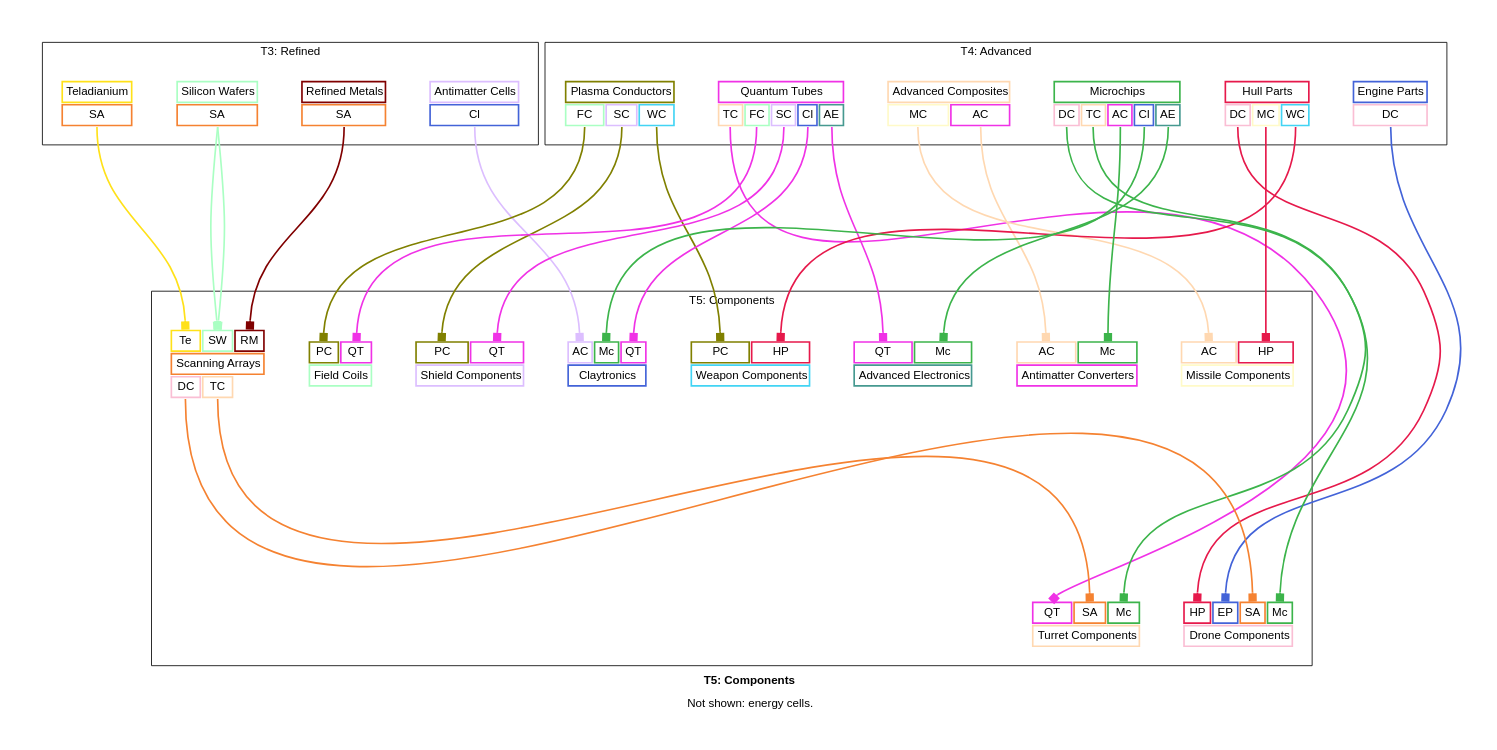
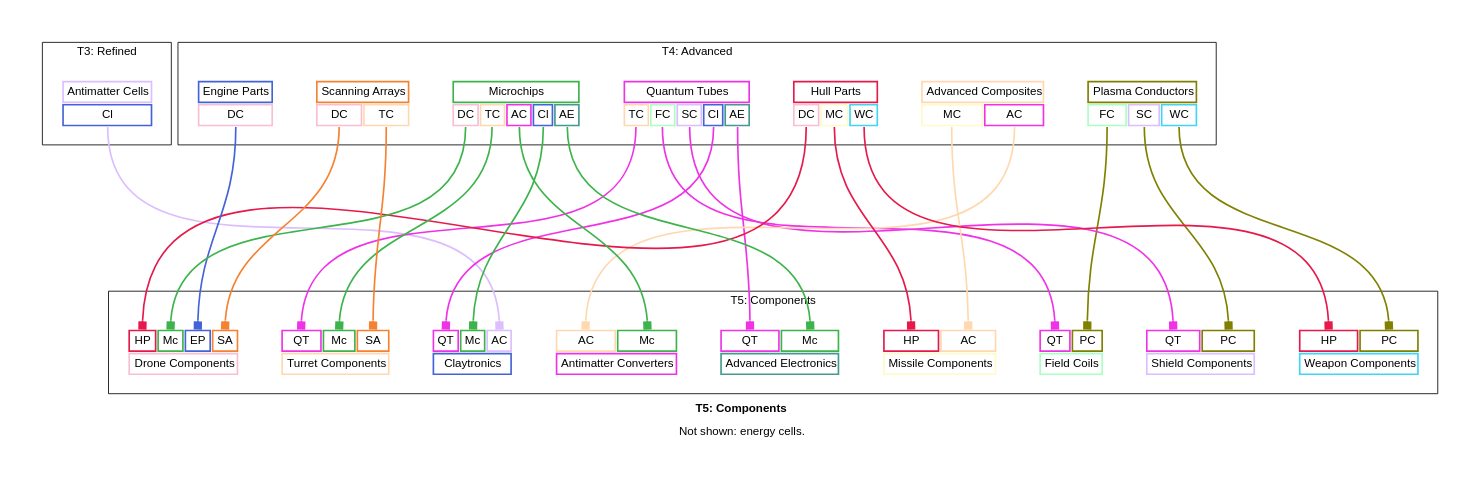
Before and after one commit to borntyping/x4-diagrams: the diagram in docs/t5_components_graph_simplified.dot, drawn with Graphviz. The commit also changed 46 other files, not shown here.

Commit message:
Drop Scanning Arrays one tier

```diff
--- a/docs/t5_components_graph_simplified.dot
+++ b/docs/t5_components_graph_simplified.dot
@@ -7,32 +7,6 @@
 	edge [arrowhead=normal arrowsize=1.0 fontname="Helvetica,Arial,sans-serif" headport=n penwidth=2.0 tailport=s]
 	subgraph 3 {
 		cluster=true label="T3: Refined"
-		refined_metals [label=<<table border="0" cellborder="2" cellpadding="4" cellspacing="1" fixedsize="false" id="refined_metals" port="output">
-  
-  <tr>
-    <td align="text" bgcolor="white" color="#800000" colspan="1">Refined Metals</td>
-  </tr>
-  
-    <tr>
-      
-        <td align="text" bgcolor="white" color="#f58231" port="scanning_arrays">SA</td>
-      
-    </tr>
-  
-</table>>]
-		teladianium [label=<<table border="0" cellborder="2" cellpadding="4" cellspacing="1" fixedsize="false" id="teladianium" port="output">
-  
-  <tr>
-    <td align="text" bgcolor="white" color="#ffe119" colspan="1">Teladianium</td>
-  </tr>
-  
-    <tr>
-      
-        <td align="text" bgcolor="white" color="#f58231" port="scanning_arrays">SA</td>
-      
-    </tr>
-  
-</table>>]
 		antimatter_cells [label=<<table border="0" cellborder="2" cellpadding="4" cellspacing="1" fixedsize="false" id="antimatter_cells" port="output">
   
   <tr>
@@ -42,19 +16,6 @@
     <tr>
       
         <td align="text" bgcolor="white" color="#4363d8" port="claytronics">Cl</td>
-      
-    </tr>
-  
-</table>>]
-		silicon_wafers [label=<<table border="0" cellborder="2" cellpadding="4" cellspacing="1" fixedsize="false" id="silicon_wafers" port="output">
-  
-  <tr>
-    <td align="text" bgcolor="white" color="#aaffc3" colspan="1">Silicon Wafers</td>
-  </tr>
-  
-    <tr>
-      
-        <td align="text" bgcolor="white" color="#f58231" port="scanning_arrays">SA</td>
       
     </tr>
   
@@ -175,11 +136,11 @@
       
         <td align="text" bgcolor="white" color="#e6194B" port="hull_parts">HP</td>
       
+        <td align="text" bgcolor="white" color="#3cb44b" port="microchips">Mc</td>
+      
         <td align="text" bgcolor="white" color="#4363d8" port="engine_parts">EP</td>
       
         <td align="text" bgcolor="white" color="#f58231" port="scanning_arrays">SA</td>
-      
-        <td align="text" bgcolor="white" color="#3cb44b" port="microchips">Mc</td>
       
     </tr>
   
@@ -194,9 +155,9 @@
       
         <td align="text" bgcolor="white" color="#f032e6" port="quantum_tubes">QT</td>
       
+        <td align="text" bgcolor="white" color="#3cb44b" port="microchips">Mc</td>
+      
         <td align="text" bgcolor="white" color="#f58231" port="scanning_arrays">SA</td>
-      
-        <td align="text" bgcolor="white" color="#3cb44b" port="microchips">Mc</td>
       
     </tr>
   
@@ -209,9 +170,9 @@
   
     <tr>
       
+        <td align="text" bgcolor="white" color="#e6194B" port="hull_parts">HP</td>
+      
         <td align="text" bgcolor="white" color="#ffd8b1" port="advanced_composites">AC</td>
-      
-        <td align="text" bgcolor="white" color="#e6194B" port="hull_parts">HP</td>
       
     </tr>
   
@@ -224,9 +185,9 @@
   
     <tr>
       
+        <td align="text" bgcolor="white" color="#f032e6" port="quantum_tubes">QT</td>
+      
         <td align="text" bgcolor="white" color="#808000" port="plasma_conductors">PC</td>
-      
-        <td align="text" bgcolor="white" color="#f032e6" port="quantum_tubes">QT</td>
       
     </tr>
   
@@ -239,9 +200,9 @@
   
     <tr>
       
+        <td align="text" bgcolor="white" color="#f032e6" port="quantum_tubes">QT</td>
+      
         <td align="text" bgcolor="white" color="#808000" port="plasma_conductors">PC</td>
-      
-        <td align="text" bgcolor="white" color="#f032e6" port="quantum_tubes">QT</td>
       
     </tr>
   
@@ -269,9 +230,9 @@
   
     <tr>
       
+        <td align="text" bgcolor="white" color="#e6194B" port="hull_parts">HP</td>
+      
         <td align="text" bgcolor="white" color="#808000" port="plasma_conductors">PC</td>
-      
-        <td align="text" bgcolor="white" color="#e6194B" port="hull_parts">HP</td>
       
     </tr>
   
@@ -280,20 +241,13 @@
   </tr>
   
 </table>>]
+	}
+	subgraph 4 {
+		cluster=true label="T4: Advanced"
 		scanning_arrays [label=<<table border="0" cellborder="2" cellpadding="4" cellspacing="1" fixedsize="false" id="scanning_arrays" port="output">
   
-    <tr>
-      
-        <td align="text" bgcolor="white" color="#ffe119" port="teladianium">Te</td>
-      
-        <td align="text" bgcolor="white" color="#aaffc3" port="silicon_wafers">SW</td>
-      
-        <td align="text" bgcolor="white" color="#800000" port="refined_metals">RM</td>
-      
-    </tr>
-  
   <tr>
-    <td align="text" bgcolor="white" color="#f58231" colspan="3">Scanning Arrays</td>
+    <td align="text" bgcolor="white" color="#f58231" colspan="2">Scanning Arrays</td>
   </tr>
   
     <tr>
@@ -305,15 +259,18 @@
     </tr>
   
 </table>>]
+	}
+	subgraph 5 {
+		cluster=true label="T5: Components"
 		claytronics [label=<<table border="0" cellborder="2" cellpadding="4" cellspacing="1" fixedsize="false" id="claytronics" port="output">
   
     <tr>
       
-        <td align="text" bgcolor="white" color="#dcbeff" port="antimatter_cells">AC</td>
+        <td align="text" bgcolor="white" color="#f032e6" port="quantum_tubes">QT</td>
       
         <td align="text" bgcolor="white" color="#3cb44b" port="microchips">Mc</td>
       
-        <td align="text" bgcolor="white" color="#f032e6" port="quantum_tubes">QT</td>
+        <td align="text" bgcolor="white" color="#dcbeff" port="antimatter_cells">AC</td>
       
     </tr>
   
@@ -355,10 +312,6 @@
 	microchips:antimatter_converters:s -> antimatter_converters:microchips:n [arrowhead=box color="#3cb44b" weight=1.0]
 	hull_parts:weapon_components:s -> weapon_components:hull_parts:n [arrowhead=box color="#e6194B" weight=1.0]
 	plasma_conductors:weapon_components:s -> weapon_components:plasma_conductors:n [arrowhead=box color="#808000" weight=1.0]
-	refined_metals:scanning_arrays:s -> scanning_arrays:refined_metals:n [arrowhead=box color="#800000" weight=1.0]
-	silicon_wafers:scanning_arrays:s -> scanning_arrays:silicon_wafers:n [arrowhead=box color="#aaffc3" weight=1.0]
-	silicon_wafers:scanning_arrays:s -> scanning_arrays:silicon_wafers:n [arrowhead=box color="#aaffc3" weight=1.0]
-	teladianium:scanning_arrays:s -> scanning_arrays:teladianium:n [arrowhead=box color="#ffe119" weight=1.0]
 	antimatter_cells:claytronics:s -> claytronics:antimatter_cells:n [arrowhead=box color="#dcbeff" weight=1.0]
 	microchips:claytronics:s -> claytronics:microchips:n [arrowhead=box color="#3cb44b" weight=1.0]
 	quantum_tubes:claytronics:s -> claytronics:quantum_tubes:n [arrowhead=box color="#f032e6" weight=1.0]
```
